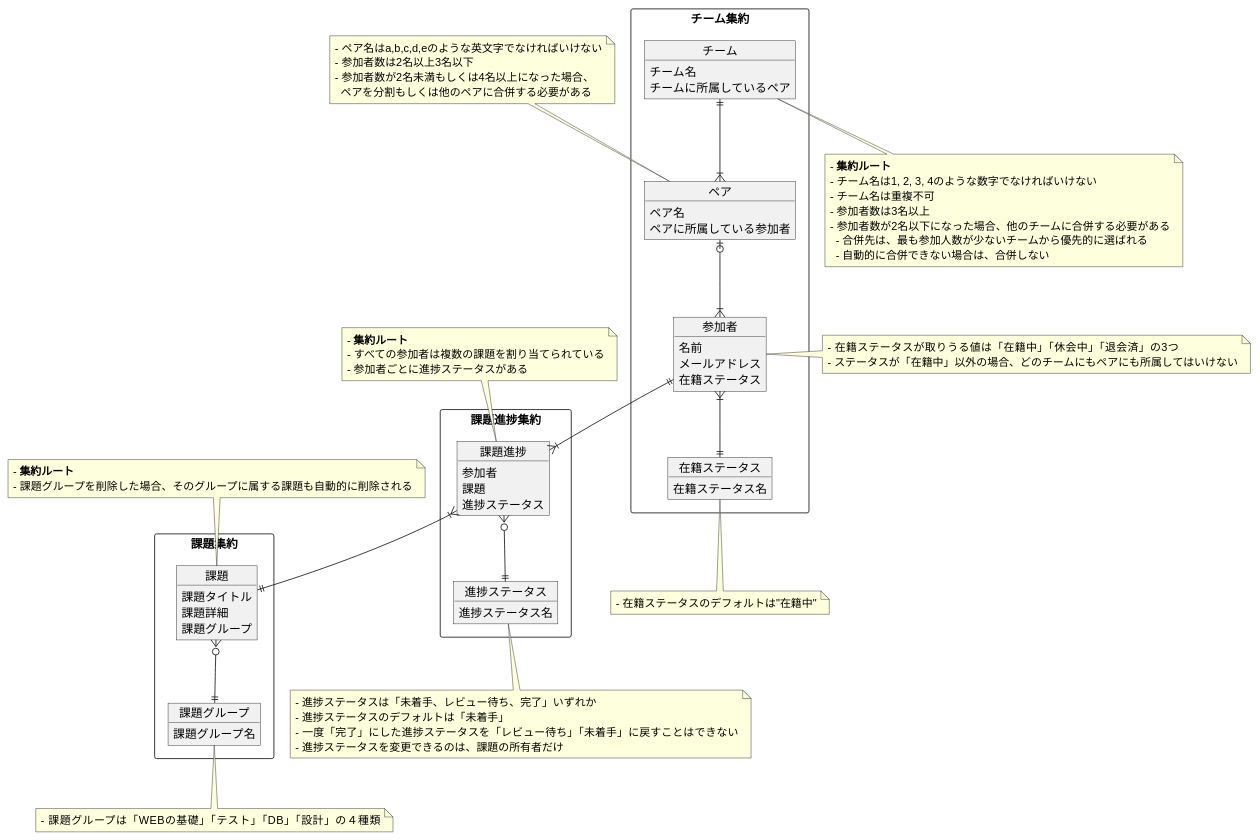
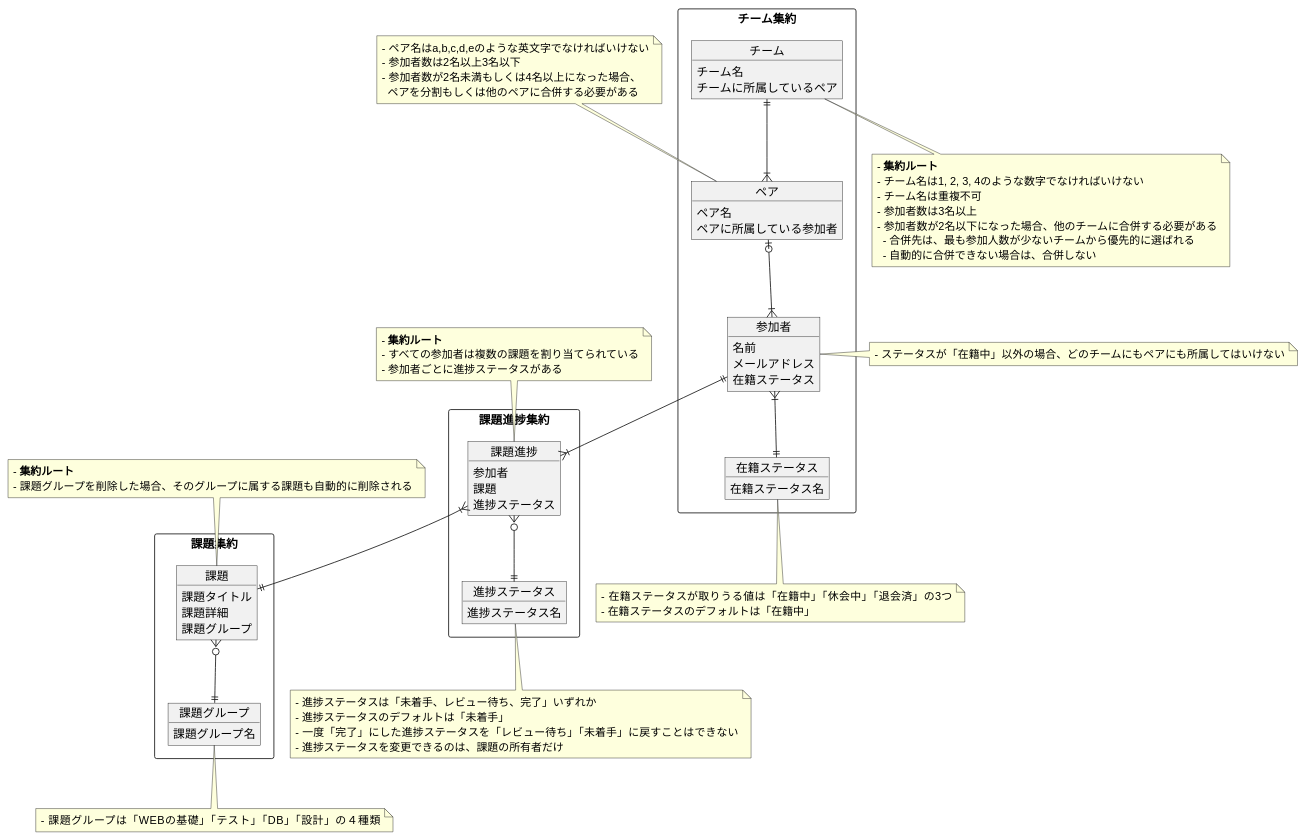
Before and after one commit to gn-t-k/PrAhaChallengeTasks: the diagram in 04_設計/04_プラハチャレンジをDDDで実装してみる/01_モデル図/ドメインモデル図.md, drawn with PlantUML. The commit also changed 3 other files, not shown here.

```diff
--- a/04_設計/04_プラハチャレンジをDDDで実装してみる/01_モデル図/ドメインモデル図.md
+++ b/04_設計/04_プラハチャレンジをDDDで実装してみる/01_モデル図/ドメインモデル図.md
@@ -53,7 +53,6 @@
 課題 }o--|| 課題グループ
 
 note right of 参加者
-- 在籍ステータスが取りうる値は「在籍中」「休会中」「退会済」の3つ
 - ステータスが「在籍中」以外の場合、どのチームにもペアにも所属してはいけない
 endnote
 
@@ -75,7 +74,8 @@
 end note
 
 note bottom of 在籍ステータス
-- 在籍ステータスのデフォルトは"在籍中"
+- 在籍ステータスが取りうる値は「在籍中」「休会中」「退会済」の3つ
+- 在籍ステータスのデフォルトは「在籍中」
 end note
 
 note top of 課題
```
